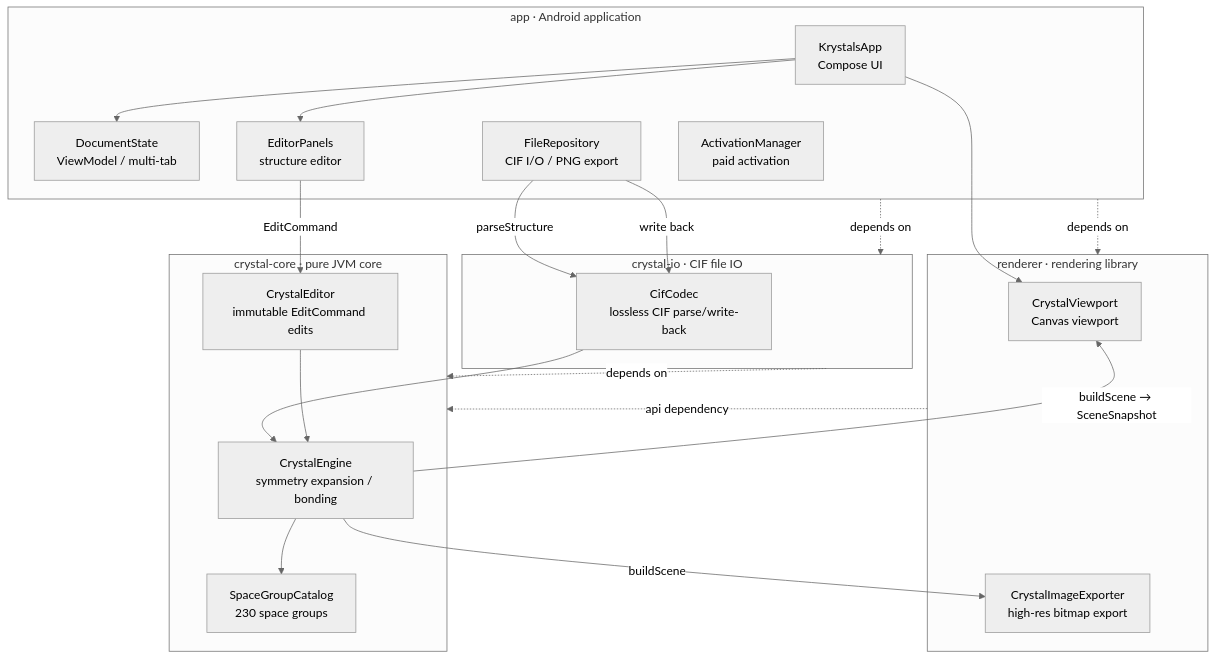
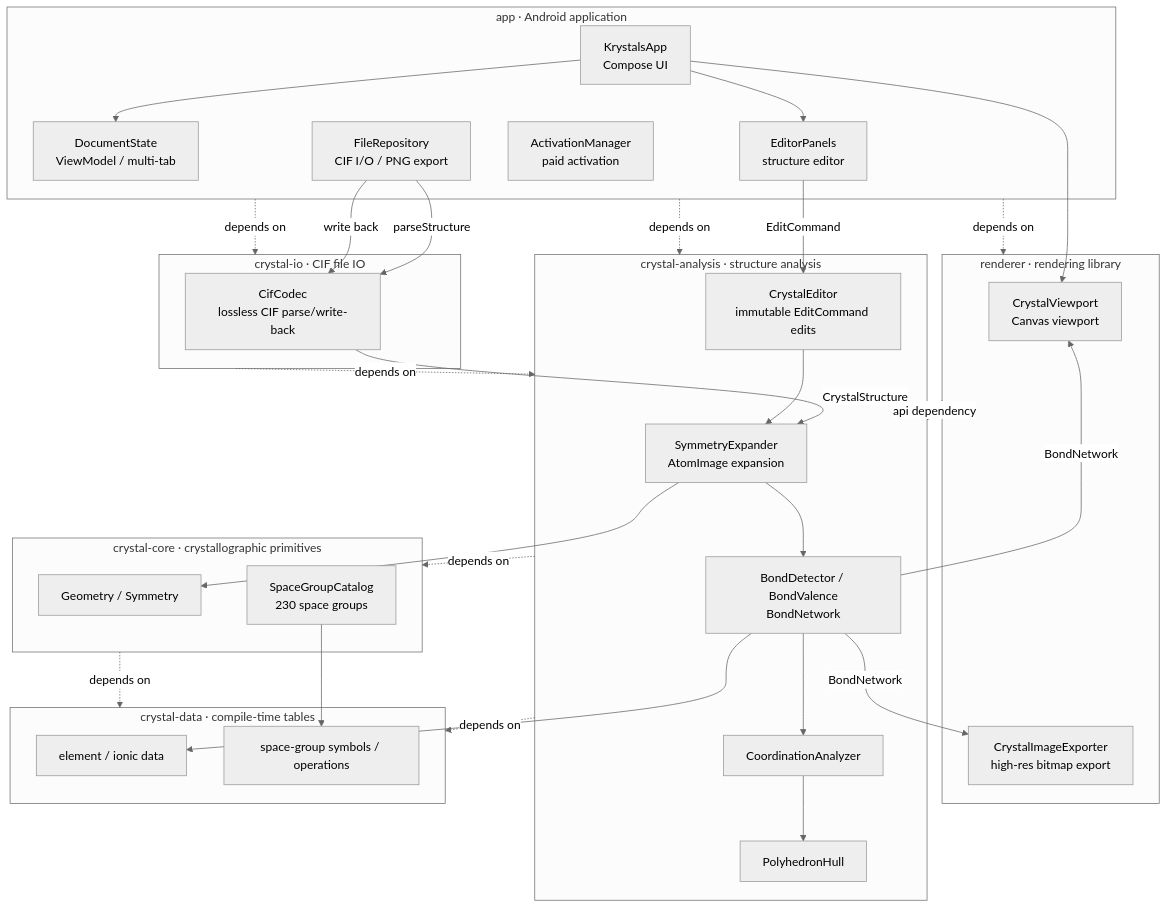
Before and after one commit to SUPERkelesss/Krystals: the diagram in README.md, drawn with Mermaid (neutral theme). The commit also changed 59 other files, not shown here.

Commit message:
refactor: extract crystal analysis and data layers

````diff
--- a/README.md
+++ b/README.md
@@ -55,39 +55,58 @@
 ```mermaid
 flowchart TB
     subgraph app["app · Android application"]
         UI["KrystalsApp<br/>Compose UI"]
         VM["DocumentState<br/>ViewModel / multi-tab"]
         Edit["EditorPanels<br/>structure editor"]
         Repo["FileRepository<br/>CIF I/O / PNG export"]
         Act["ActivationManager<br/>paid activation"]
     end
     subgraph renderer["renderer · rendering library"]
         VP["CrystalViewport<br/>Canvas viewport"]
         Exp["CrystalImageExporter<br/>high-res bitmap export"]
     end
     subgraph io["crystal-io · CIF file IO"]
         Codec["CifCodec<br/>lossless CIF parse/write-back"]
     end
-    subgraph core["crystal-core · pure JVM core"]
-        Engine["CrystalEngine<br/>symmetry expansion / bonding"]
+    subgraph analysis["crystal-analysis · structure analysis"]
+        Symmetry["SymmetryExpander<br/>AtomImage expansion"]
+        Bonds["BondDetector / BondValence<br/>BondNetwork"]
+        Coordination["CoordinationAnalyzer"]
+        Hull["PolyhedronHull"]
         Editor["CrystalEditor<br/>immutable EditCommand edits"]
+    end
+    subgraph core["crystal-core · crystallographic primitives"]
+        Geometry["Geometry / Symmetry"]
         SG["SpaceGroupCatalog<br/>230 space groups"]
+    end
+    subgraph data["crystal-data · compile-time tables"]
+        Elements["element / ionic data"]
+        SpaceGroups["space-group symbols / operations"]
     end
 
     UI --> VP
     UI --> Edit
     UI --> VM
     Repo -->|"parseStructure"| Codec
-    Codec --> Engine
+    Codec -->|"CrystalStructure"| Symmetry
     Edit -->|"EditCommand"| Editor
-    Editor --> Engine
-    Engine -->|"buildScene → SceneSnapshot"| VP
-    Engine -->|"buildScene"| Exp
+    Editor --> Symmetry
+    Symmetry --> Bonds
+    Bonds -->|"BondNetwork"| VP
+    Bonds -->|"BondNetwork"| Exp
+    Bonds --> Coordination
+    Coordination --> Hull
     Repo -->|"write back"| Codec
-    Engine --> SG
+    Symmetry --> Geometry
+    SG --> SpaceGroups
+    Bonds --> Elements
 
     app -.->|depends on| renderer
-    renderer -.->|api dependency| core
-    io -.->|depends on| core
+    app -.->|depends on| analysis
     app -.->|depends on| io
+    renderer -.->|api dependency| analysis
+    io -.->|depends on| analysis
+    analysis -.->|depends on| core
+    analysis -.->|depends on| data
+    core -.->|depends on| data
 ```
````
